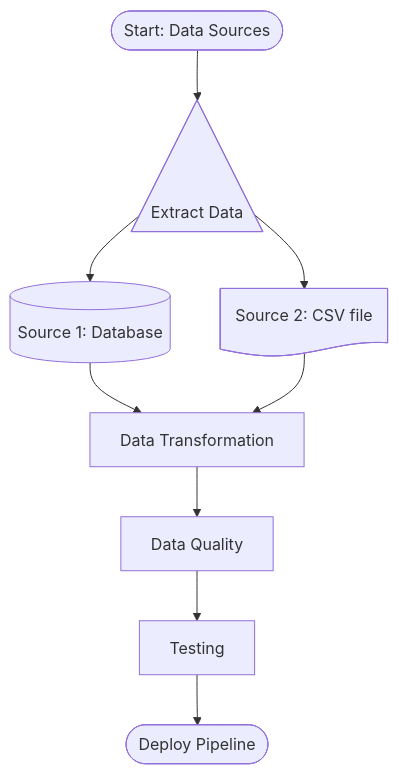
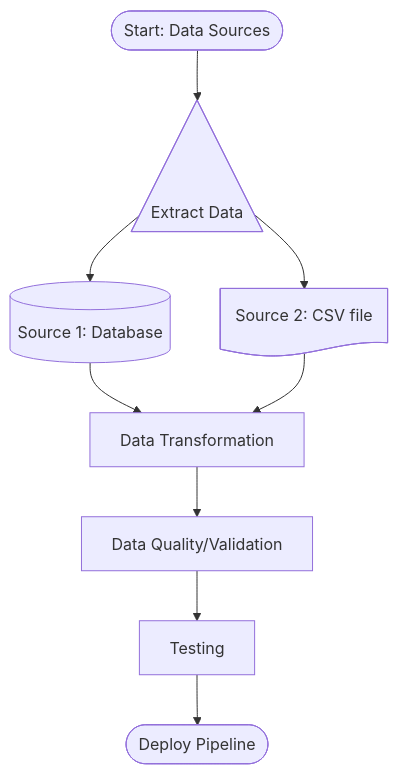
Before and after one commit to tungstennn/etl-example: the first of 4 diagrams in walkthough-activities/activity-2.md, drawn with Mermaid.

````diff
--- a/walkthough-activities/activity-2.md
+++ b/walkthough-activities/activity-2.md
@@ -11,13 +11,13 @@
 ```mermaid
 flowchart TD
     A@{ shape: stadium, label: "Start: Data Sources"} --> B@{ shape: tri, label: "Extract Data"}
     B --> C1@{ shape: cyl, label: "Source 1: Database"}
     B --> C2@{shape: doc, label: "Source 2: CSV file"}
     C1 --> D[Data Cleaning]
     C2 --> D[Data Transformation]
-    D --> E[Data Quality]
+    D --> E[Data Quality/Validation]
     E --> F[Testing]
     F --> G([Deploy Pipeline])
     
 
 ```
````
